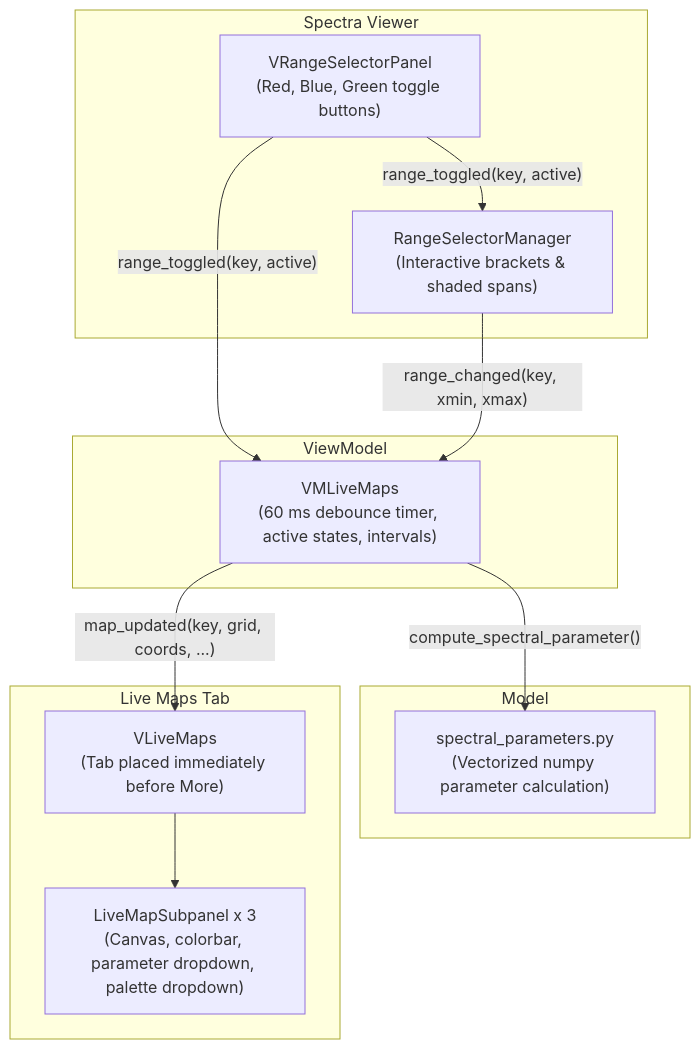
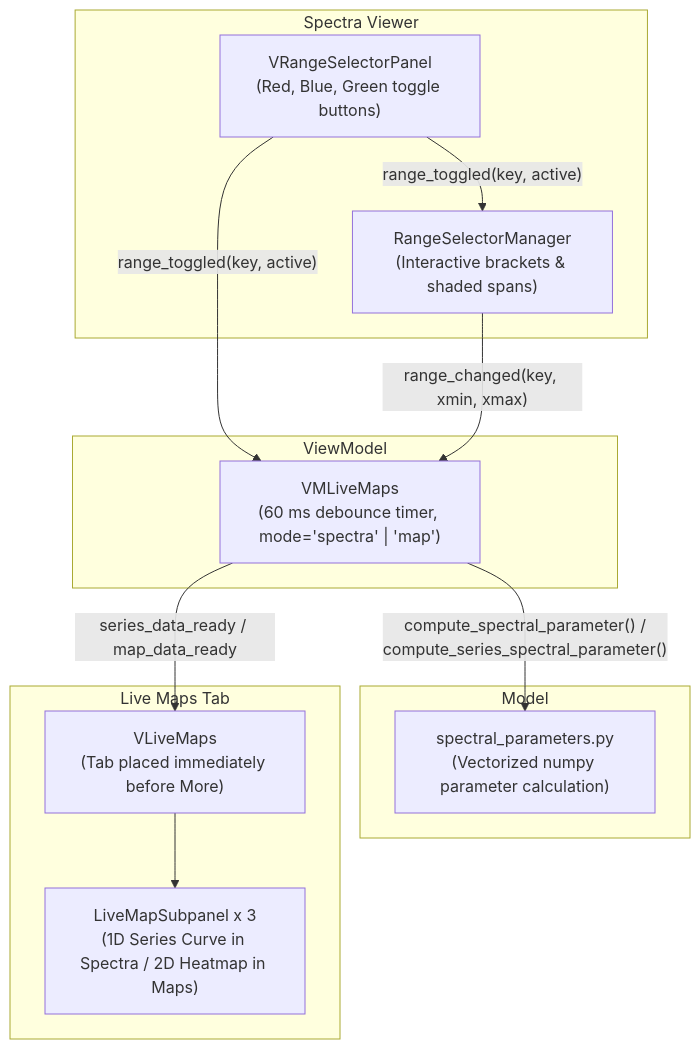
One commit to CEA-MetroCarac/SPECTROview changed the second of 2 diagrams in docs/developer/spectra.md. Above: the diagram before and after it, drawn with Mermaid. The commit also changed other lines of this file and 12 other files, not shown here.

First line of the commit message:
feat(spectra): support live parameter variation graphs for RGB range selectors

````diff
--- a/docs/developer/spectra.md
+++ b/docs/developer/spectra.md
@@ -116,26 +118,26 @@
 ```mermaid
 graph TD
     subgraph Spectra Viewer
         RP["VRangeSelectorPanel<br/>(Red, Blue, Green toggle buttons)"]
         RSM["RangeSelectorManager<br/>(Interactive brackets & shaded spans)"]
     end
 
     subgraph ViewModel
-        VMLM["VMLiveMaps<br/>(60 ms debounce timer, active states, intervals)"]
+        VMLM["VMLiveMaps<br/>(60 ms debounce timer, mode='spectra' | 'map')"]
     end
 
     subgraph Model
         SP["spectral_parameters.py<br/>(Vectorized numpy parameter calculation)"]
     end
 
     subgraph Live Maps Tab
         VLM["VLiveMaps<br/>(Tab placed immediately before More)"]
-        Sub["LiveMapSubpanel x 3<br/>(Canvas, colorbar, parameter dropdown, palette dropdown)"]
+        Sub["LiveMapSubpanel x 3<br/>(1D Series Curve in Spectra / 2D Heatmap in Maps)"]
     end
 
     RP -->|"range_toggled(key, active)"| RSM & VMLM
     RSM -->|"range_changed(key, xmin, xmax)"| VMLM
-    VMLM -->|"compute_spectral_parameter()"| SP
-    VMLM -->|"map_updated(key, grid, coords, ...)"| VLM
+    VMLM -->|"compute_spectral_parameter() /<br/>compute_series_spectral_parameter()"| SP
+    VMLM -->|"series_data_ready / map_data_ready"| VLM
     VLM --> Sub
 ```
````
